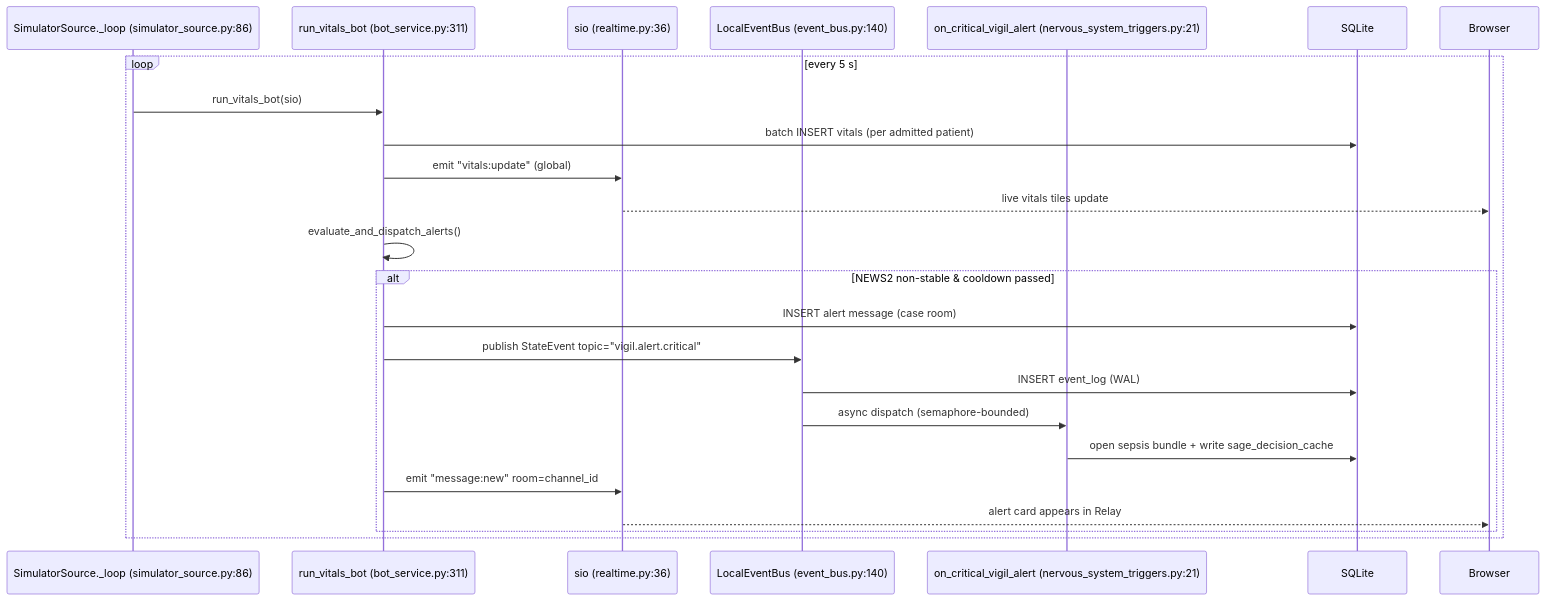
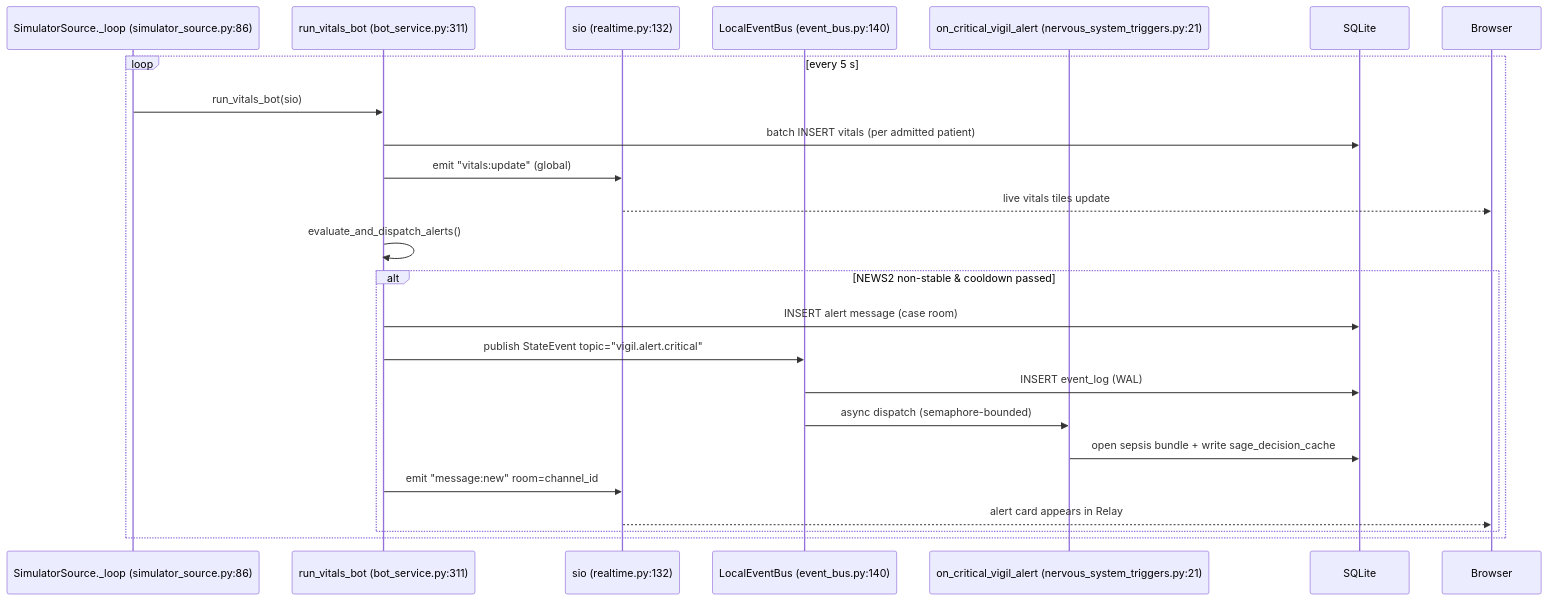
Before and after one commit to samuelmorningstar23/Orb: the second of 2 diagrams in docs/guide/06-realtime.md, drawn with Mermaid. The commit also changed other lines of this file and 134 other files, not shown here.

````diff
--- a/docs/guide/06-realtime.md
+++ b/docs/guide/06-realtime.md
@@ -68,27 +68,27 @@
 ```mermaid
 sequenceDiagram
     participant T as SimulatorSource._loop (simulator_source.py:86)
     participant B as run_vitals_bot (bot_service.py:311)
-    participant S as sio (realtime.py:36)
+    participant S as sio (realtime.py:132)
     participant EB as LocalEventBus (event_bus.py:140)
     participant NT as on_critical_vigil_alert (nervous_system_triggers.py:21)
     participant DB as SQLite
     participant C as Browser
 
     loop every 5 s
         T->>B: run_vitals_bot(sio)
         B->>DB: batch INSERT vitals (per admitted patient)
         B->>S: emit "vitals:update" (global)
         S-->>C: live vitals tiles update
         B->>B: evaluate_and_dispatch_alerts()
         alt NEWS2 non-stable & cooldown passed
             B->>DB: INSERT alert message (case room)
             B->>EB: publish StateEvent topic="vigil.alert.critical"
             EB->>DB: INSERT event_log (WAL)
             EB->>NT: async dispatch (semaphore-bounded)
             NT->>DB: open sepsis bundle + write sage_decision_cache
             B->>S: emit "message:new" room=channel_id
             S-->>C: alert card appears in Relay
         end
     end
 ```
````
